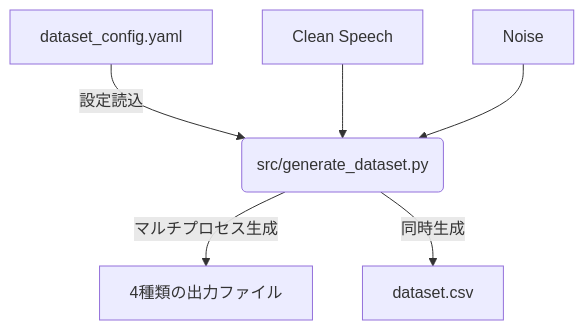
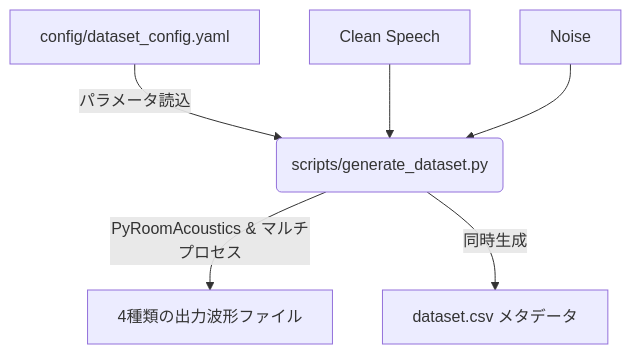
One commit to morikawa-taisuke/PyRoomAcoustics changed the diagram in README.md. Above: the diagram before and after it, drawn with Mermaid. The commit also changed other lines of this file and 6 other files, not shown here.

````diff
--- a/README.md
+++ b/README.md
@@ -26,8 +27,8 @@
 ```mermaid
 graph TD
-    A[dataset_config.yaml] -->|設定読込| B(src/generate_dataset.py)
+    A[config/dataset_config.yaml] -->|パラメータ読込| B(scripts/generate_dataset.py)
     C[Clean Speech] --> B
     D[Noise] --> B
-    B -->|マルチプロセス生成| E[4種類の出力ファイル]
-    B -->|同時生成| F[dataset.csv]
+    B -->|PyRoomAcoustics & マルチプロセス| E[4種類の出力波形ファイル]
+    B -->|同時生成| F[dataset.csv メタデータ]
 ```
````
